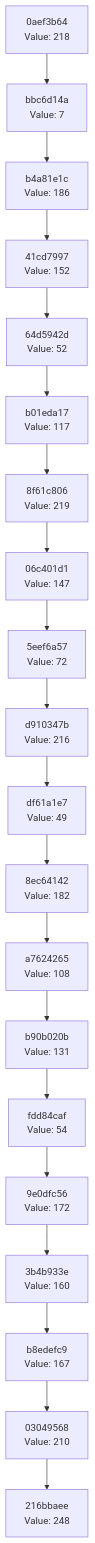
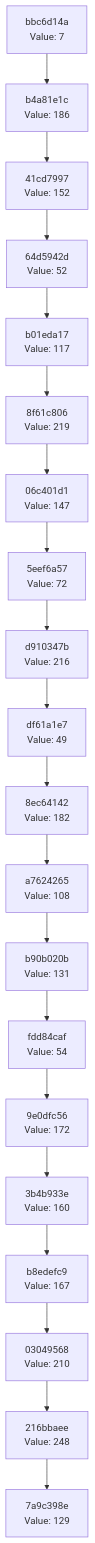
The diagram in docs/CHAIN_VISUALIZATION.md (Abhisheksinha1506/hash-chain-evolver), drawn with Mermaid before and after one commit. The commit also changed 2 other files, not shown here.

Commit message:
Evolution step: hash 0x81 → action executed

````diff
--- a/docs/CHAIN_VISUALIZATION.md
+++ b/docs/CHAIN_VISUALIZATION.md
@@ -3,42 +3,42 @@
 ```mermaid
 graph TD
-    C0["216bbaee<br/>Value: 248"]
-    C1["03049568<br/>Value: 210"]
+    C0["7a9c398e<br/>Value: 129"]
+    C1["216bbaee<br/>Value: 248"]
     C1 --> C0
-    C2["b8edefc9<br/>Value: 167"]
+    C2["03049568<br/>Value: 210"]
     C2 --> C1
-    C3["3b4b933e<br/>Value: 160"]
+    C3["b8edefc9<br/>Value: 167"]
     C3 --> C2
-    C4["9e0dfc56<br/>Value: 172"]
+    C4["3b4b933e<br/>Value: 160"]
     C4 --> C3
-    C5["fdd84caf<br/>Value: 54"]
+    C5["9e0dfc56<br/>Value: 172"]
     C5 --> C4
-    C6["b90b020b<br/>Value: 131"]
+    C6["fdd84caf<br/>Value: 54"]
     C6 --> C5
-    C7["a7624265<br/>Value: 108"]
+    C7["b90b020b<br/>Value: 131"]
     C7 --> C6
-    C8["8ec64142<br/>Value: 182"]
+    C8["a7624265<br/>Value: 108"]
     C8 --> C7
-    C9["df61a1e7<br/>Value: 49"]
+    C9["8ec64142<br/>Value: 182"]
     C9 --> C8
-    C10["d910347b<br/>Value: 216"]
+    C10["df61a1e7<br/>Value: 49"]
     C10 --> C9
-    C11["5eef6a57<br/>Value: 72"]
+    C11["d910347b<br/>Value: 216"]
     C11 --> C10
-    C12["06c401d1<br/>Value: 147"]
+    C12["5eef6a57<br/>Value: 72"]
     C12 --> C11
-    C13["8f61c806<br/>Value: 219"]
+    C13["06c401d1<br/>Value: 147"]
     C13 --> C12
-    C14["b01eda17<br/>Value: 117"]
+    C14["8f61c806<br/>Value: 219"]
     C14 --> C13
-    C15["64d5942d<br/>Value: 52"]
+    C15["b01eda17<br/>Value: 117"]
     C15 --> C14
-    C16["41cd7997<br/>Value: 152"]
+    C16["64d5942d<br/>Value: 52"]
     C16 --> C15
-    C17["b4a81e1c<br/>Value: 186"]
+    C17["41cd7997<br/>Value: 152"]
     C17 --> C16
-    C18["bbc6d14a<br/>Value: 7"]
+    C18["b4a81e1c<br/>Value: 186"]
     C18 --> C17
-    C19["0aef3b64<br/>Value: 218"]
+    C19["bbc6d14a<br/>Value: 7"]
     C19 --> C18
 ```
````
